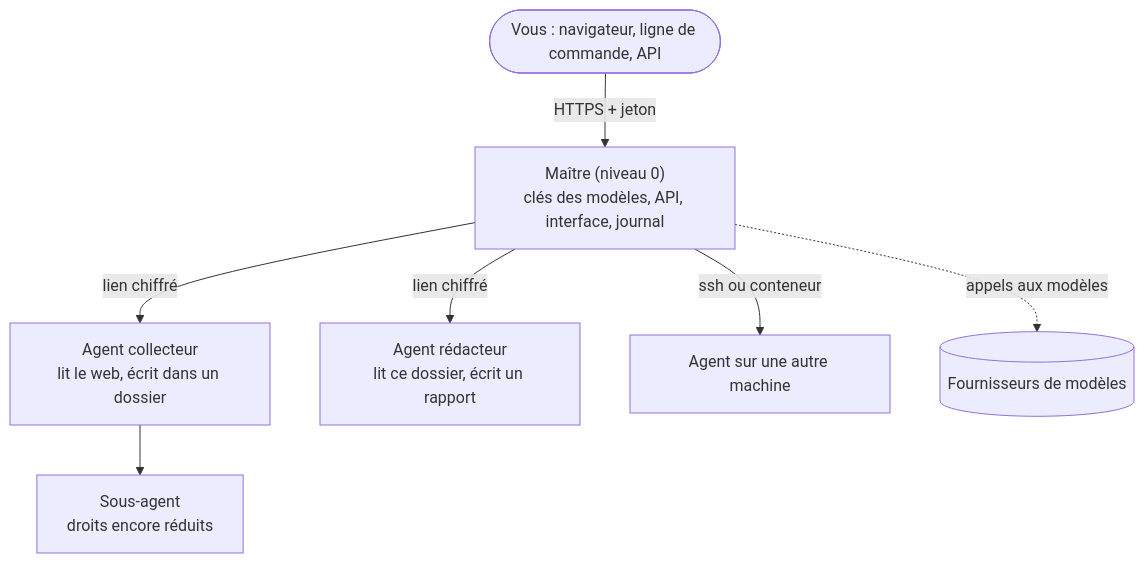
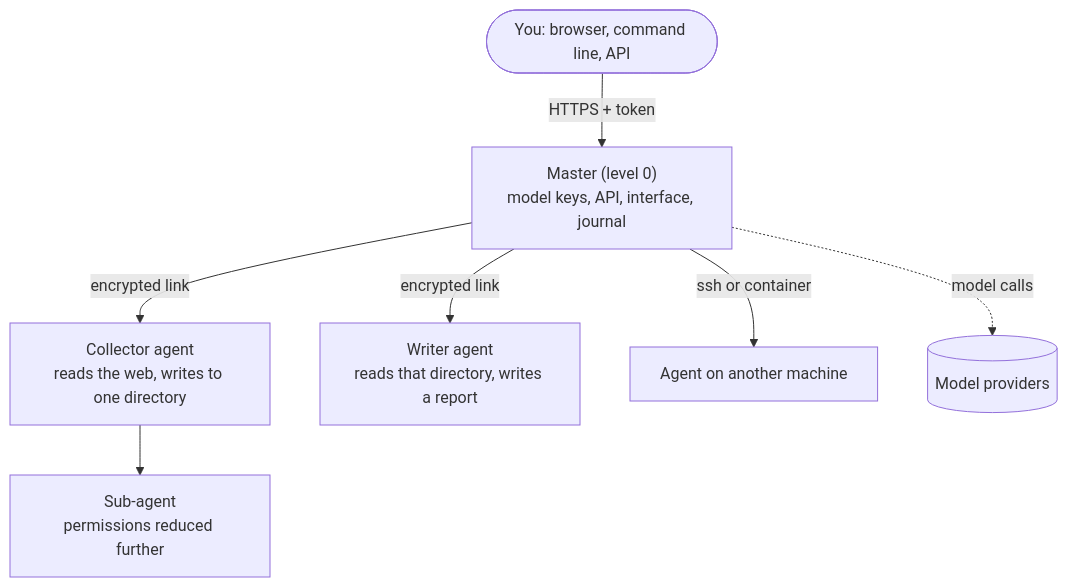
One commit to fredolier/talixio-ai-agent-network changed the diagram in README.md. Above: the diagram before and after it, drawn with Mermaid. The commit also changed other lines of this file and 42 other files, not shown here.

````diff
--- a/README.md
+++ b/README.md
@@ -46,10 +39,10 @@
 ```mermaid
 flowchart TD
-    V([Vous : navigateur, ligne de commande, API]) -->|HTTPS + jeton| M
-    M["Maître (niveau 0)<br/>clés des modèles, API, interface, journal"]
-    M -->|lien chiffré| A["Agent collecteur<br/>lit le web, écrit dans un dossier"]
-    M -->|lien chiffré| B["Agent rédacteur<br/>lit ce dossier, écrit un rapport"]
-    M -->|ssh ou conteneur| C["Agent sur une autre machine"]
-    A --> A1["Sous-agent<br/>droits encore réduits"]
-    M -.->|appels aux modèles| F[(Fournisseurs de modèles)]
+    V([You: browser, command line, API]) -->|HTTPS + token| M
+    M["Master (level 0)<br/>model keys, API, interface, journal"]
+    M -->|encrypted link| A["Collector agent<br/>reads the web, writes to one directory"]
+    M -->|encrypted link| B["Writer agent<br/>reads that directory, writes a report"]
+    M -->|ssh or container| C["Agent on another machine"]
+    A --> A1["Sub-agent<br/>permissions reduced further"]
+    M -.->|model calls| F[(Model providers)]
 ```
````
